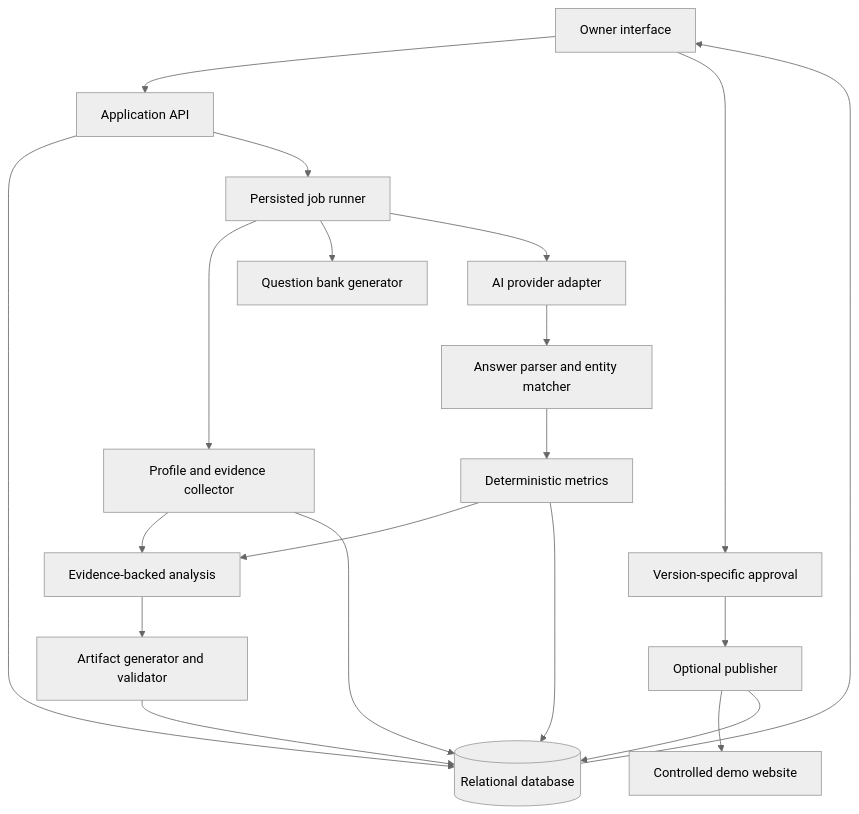
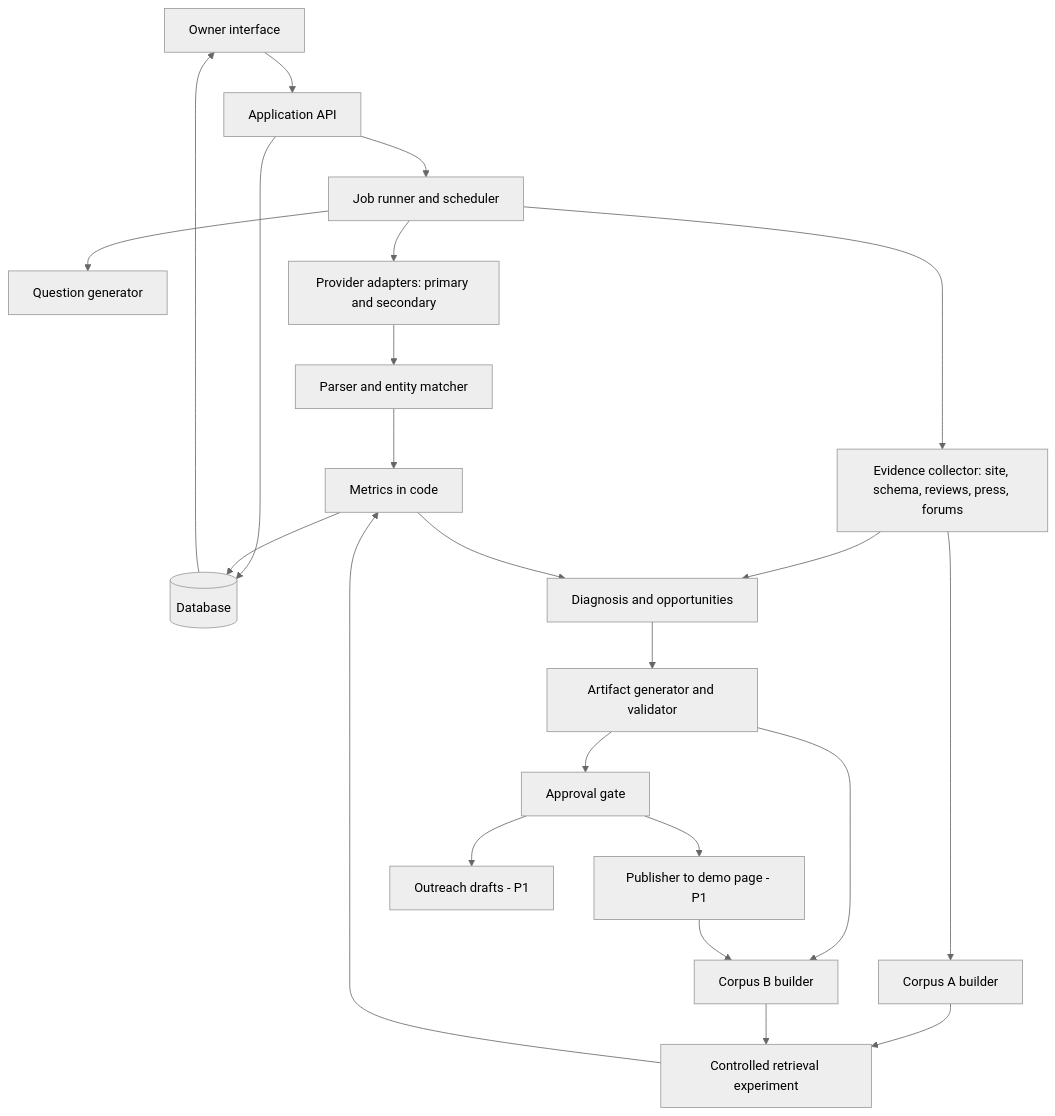
The diagram in PRD.md (Adityasingh59/nyu-sps-pulse-foundry-hackathon), drawn with Mermaid (neutral theme) before and after one commit. The commit also changed other lines of this file and 7 other files, not shown here.

````diff
--- a/PRD.md
+++ b/PRD.md
@@ -324,22 +370,25 @@
 ```mermaid
 flowchart TD
     UI[Owner interface] --> API[Application API]
-    API --> DB[(Relational database)]
-    API --> JOB[Persisted job runner]
-    JOB --> PROFILE[Profile and evidence collector]
-    JOB --> QUERY[Question bank generator]
-    JOB --> ADAPTER[AI provider adapter]
-    ADAPTER --> PARSER[Answer parser and entity matcher]
-    PARSER --> METRICS[Deterministic metrics]
-    PROFILE --> ANALYSIS[Evidence-backed analysis]
-    METRICS --> ANALYSIS
-    ANALYSIS --> CONTENT[Artifact generator and validator]
-    CONTENT --> DB
+    API --> DB[(Database)]
+    API --> JOBS[Job runner and scheduler]
+    JOBS --> QGEN[Question generator]
+    JOBS --> ADAPT[Provider adapters: primary and secondary]
+    ADAPT --> PARSE[Parser and entity matcher]
+    PARSE --> METRICS[Metrics in code]
+    JOBS --> EVID[Evidence collector: site, schema, reviews, press, forums]
+    EVID --> DIAG[Diagnosis and opportunities]
+    METRICS --> DIAG
+    DIAG --> ART[Artifact generator and validator]
+    ART --> APPROVE[Approval gate]
+    APPROVE --> PUB[Publisher to demo page - P1]
+    APPROVE --> DRAFT[Outreach drafts - P1]
+    ART --> CORPUS[Corpus B builder]
+    EVID --> CORPUSA[Corpus A builder]
+    CORPUSA --> SIM[Controlled retrieval experiment]
+    CORPUS --> SIM
+    PUB --> CORPUS
+    SIM --> METRICS
     METRICS --> DB
-    PROFILE --> DB
     DB --> UI
-    UI --> APPROVAL[Version-specific approval]
-    APPROVAL --> PUBLISH[Optional publisher]
-    PUBLISH --> DEMO[Controlled demo website]
-    PUBLISH --> DB
 ```
````
